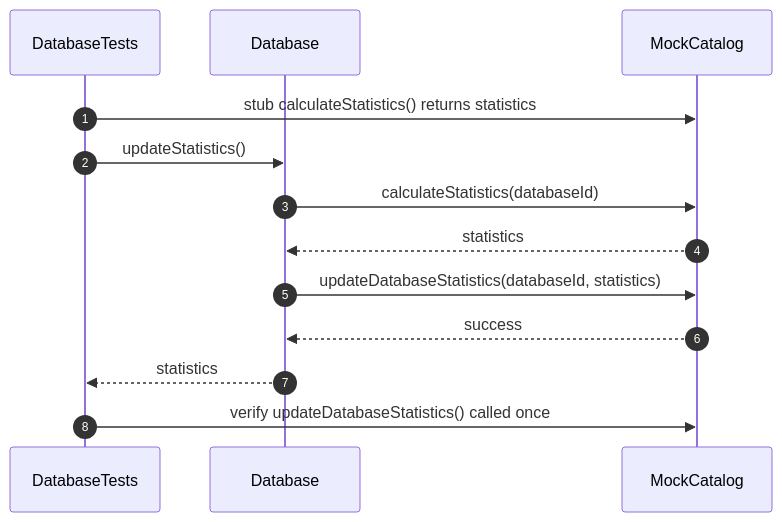
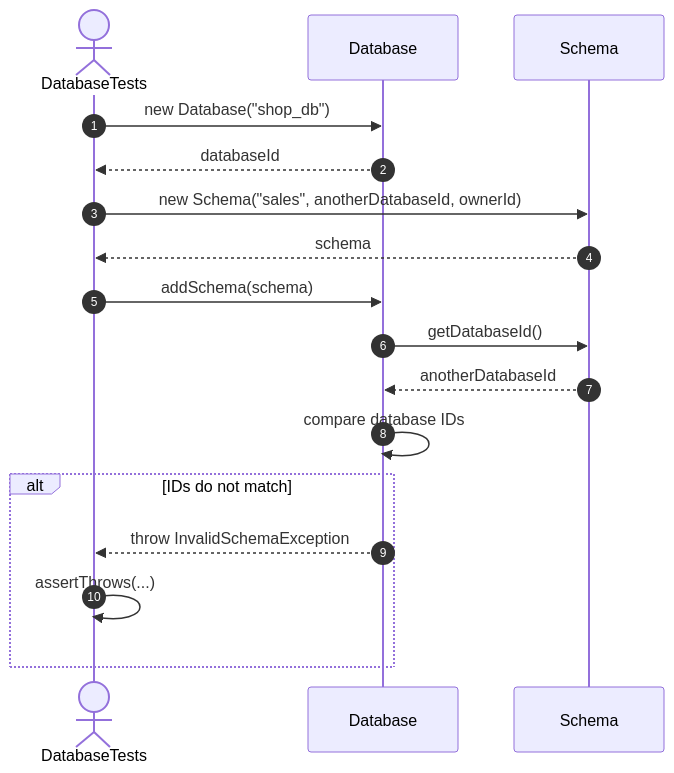
Before and after one commit to FhuAnn/-bbv-AN-s-DBMS: diagram 16 of 41 in src/tests/unit/database/sequences/database-testing.se.md, drawn with Mermaid. The commit also changed other lines of this file and 60 other files, not shown here.

````diff
--- a/src/tests/unit/database/sequences/database-testing.se.md
+++ b/src/tests/unit/database/sequences/database-testing.se.md
@@ -386,21 +426,26 @@
 ```mermaid
 sequenceDiagram
     autonumber
 
-    participant Test as DatabaseTests
-    participant Database
-    participant Catalog as MockCatalog
+    actor Test as DatabaseTests
+    participant DB as Database
+    participant S as Schema
 
-    Test->>Catalog: stub calculateStatistics() returns statistics
-    Test->>Database: updateStatistics()
+    Test->>DB: new Database("shop_db")
+    DB-->>Test: databaseId
 
-    Database->>Catalog: calculateStatistics(databaseId)
-    Catalog-->>Database: statistics
+    Test->>S: new Schema("sales", anotherDatabaseId, ownerId)
+    S-->>Test: schema
 
-    Database->>Catalog: updateDatabaseStatistics(databaseId, statistics)
-    Catalog-->>Database: success
+    Test->>DB: addSchema(schema)
 
-    Database-->>Test: statistics
+    DB->>S: getDatabaseId()
+    S-->>DB: anotherDatabaseId
 
-    Test->>Catalog: verify updateDatabaseStatistics() called once
+    DB->>DB: compare database IDs
+
+    alt IDs do not match
+        DB-->>Test: throw InvalidSchemaException
+        Test->>Test: assertThrows(...)
+    end
 ```
````
